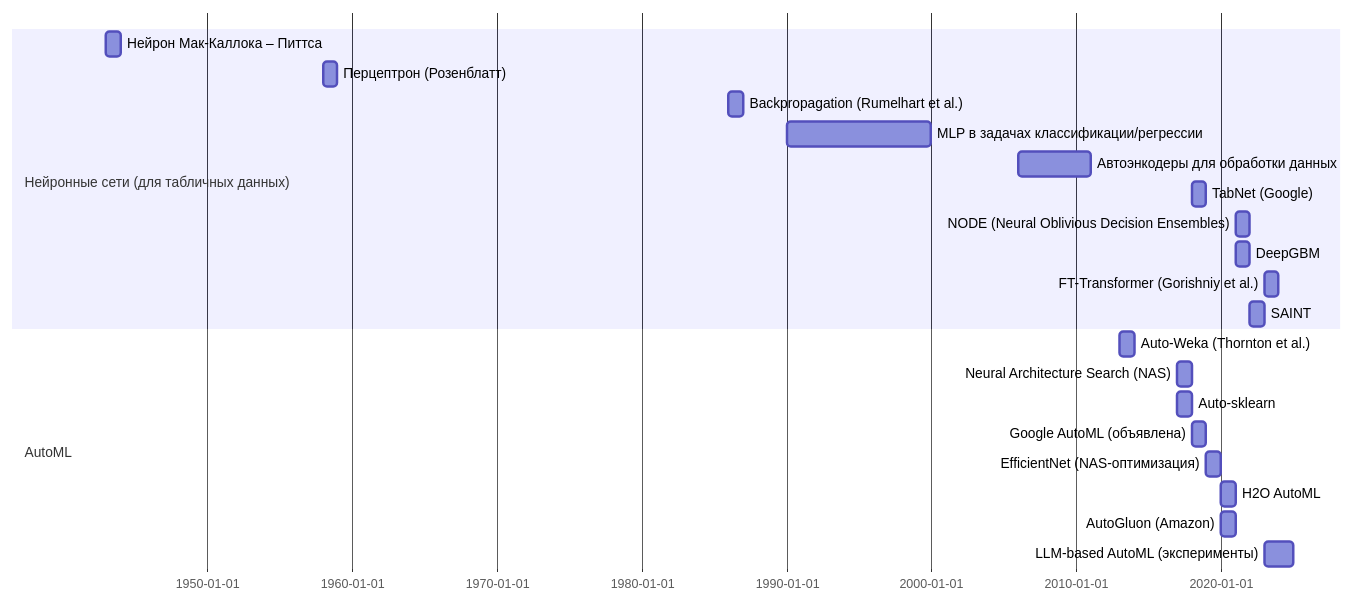
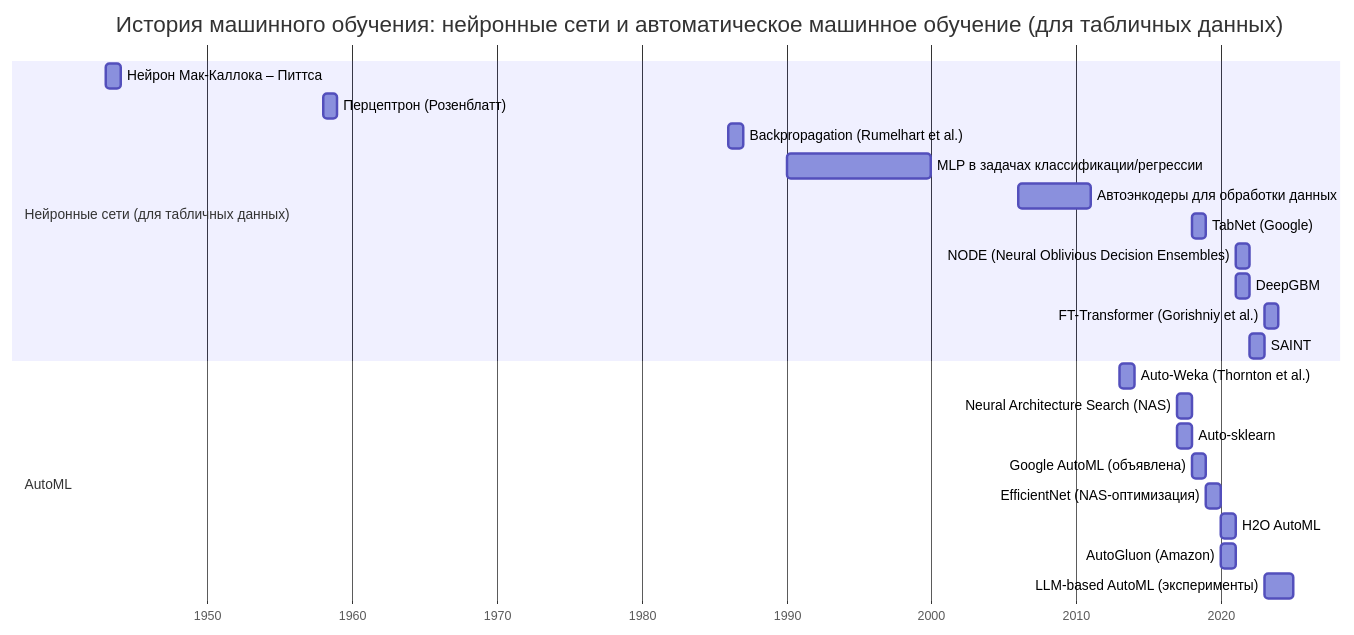
Before and after one commit to dayekb/markdown_mermaid_test: the second of 2 diagrams in mermaid/gant_ml.md, drawn with Mermaid.

````diff
--- a/mermaid/gant_ml.md
+++ b/mermaid/gant_ml.md
@@ -40,26 +40,29 @@
 ```mermaid
 
 gantt
+    title История машинного обучения: нейронные сети и автоматическое машинное обучение (для табличных данных)
+    dateFormat  YYYY
+    axisFormat  %Y
     section Нейронные сети (для табличных данных)
     Нейрон Мак-Каллока – Питтса                       : 1943, 1y
     Перцептрон (Розенблатт)                          : 1958, 1y
     Backpropagation (Rumelhart et al.)                : 1986, 1y
     MLP в задачах классификации/регрессии             : 1990, 10y
     Автоэнкодеры для обработки данных                 : 2006, 5y
     TabNet (Google)                                   : 2018, 1y
     NODE (Neural Oblivious Decision Ensembles)        : 2021, 1y
     DeepGBM                                           : 2021, 1y
     FT-Transformer (Gorishniy et al.)                 : 2023, 1y
     SAINT                                             : 2022, 1y
 
     section AutoML
     Auto-Weka (Thornton et al.)                       : 2013, 1y
     Neural Architecture Search (NAS)                  : 2017, 1y
     Auto-sklearn                                      : 2017, 1y
     Google AutoML (объявлена)                         : 2018, 1y
     EfficientNet (NAS-оптимизация)                    : 2019, 1y
     H2O AutoML                                        : 2020, 1y
     AutoGluon (Amazon)                                : 2020, 1y
     LLM-based AutoML (эксперименты)                   : 2023, 2y
 
 ```
````
